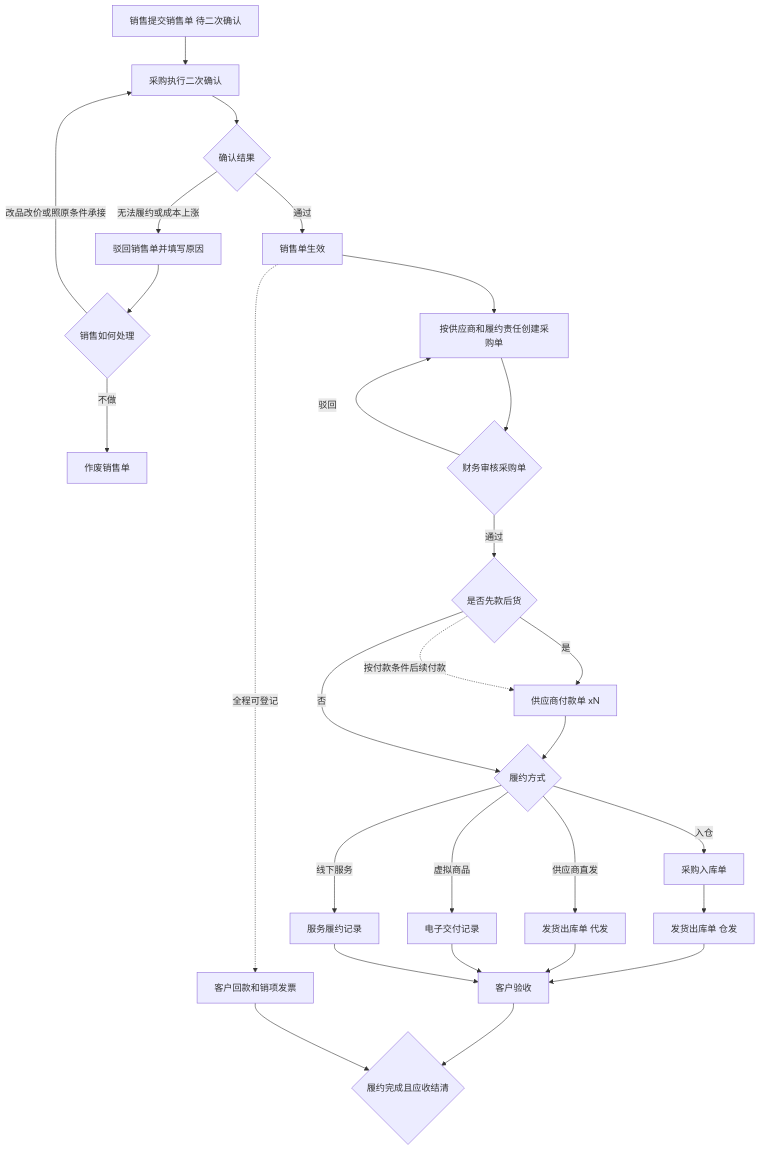
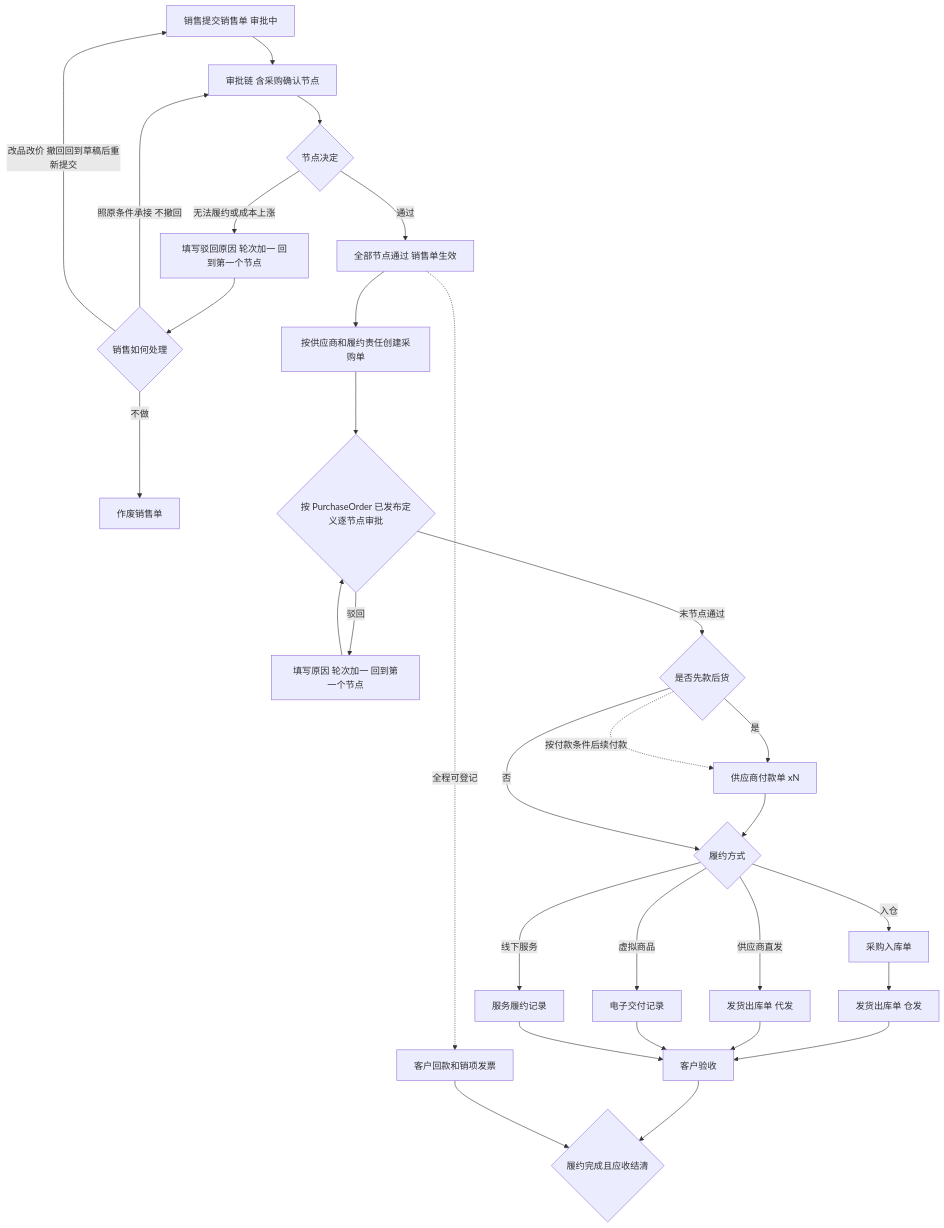
Before and after one commit to mztlive/erp: the seventh of 11 diagrams in docs/erp-phase-1.md, drawn with Mermaid. The commit also changed other lines of this file and 48 other files, not shown here.

````diff
--- a/docs/erp-phase-1.md
+++ b/docs/erp-phase-1.md
@@ -605,51 +622,54 @@
 ```mermaid
 flowchart TD
-  销售单[销售提交销售单 待二次确认]
-  二次确认[采购执行二次确认]
-  确认结果{确认结果}
-  驳回[驳回销售单并填写原因]
+  销售单[销售提交销售单 审批中]
+  二次确认[审批链 含采购确认节点]
+  确认结果{节点决定}
+  驳回[填写驳回原因 轮次加一 回到第一个节点]
   处理{销售如何处理}
   作废[作废销售单]
-  生效[销售单生效]
+  生效[全部节点通过 销售单生效]
   采购单[按供应商和履约责任创建采购单]
-  财务{财务审核采购单}
+  采购审批{按 PurchaseOrder 已发布定义逐节点审批}
+  驳回采购[填写原因 轮次加一 回到第一个节点]
   条件{是否先款后货}
   付款[供应商付款单 xN]
   履约{履约方式}
   入库[采购入库单]
   仓发[发货出库单 仓发]
   代发[发货出库单 代发]
   电子[电子交付记录]
   服务[服务履约记录]
   验收[客户验收]
   客户票款[客户回款和销项发票]
   关闭{履约完成且应收结清}
 
   销售单 --> 二次确认
   二次确认 --> 确认结果
   确认结果 -->|通过| 生效
   生效 --> 采购单
   确认结果 -->|无法履约或成本上涨| 驳回
   驳回 --> 处理
-  处理 -->|改品改价或照原条件承接| 二次确认
+  处理 -->|照原条件承接 不撤回| 二次确认
+  处理 -->|改品改价 撤回回到草稿后重新提交| 销售单
   处理 -->|不做| 作废
-  采购单 --> 财务
-  财务 -->|驳回| 采购单
-  财务 -->|通过| 条件
+  采购单 --> 采购审批
+  采购审批 -->|驳回| 驳回采购
+  驳回采购 --> 采购审批
+  采购审批 -->|末节点通过| 条件
   条件 -->|是| 付款
   付款 --> 履约
   条件 -->|否| 履约
   条件 -.->|按付款条件后续付款| 付款
   履约 -->|入仓| 入库
   入库 --> 仓发
   履约 -->|供应商直发| 代发
   履约 -->|虚拟商品| 电子
   履约 -->|线下服务| 服务
   仓发 --> 验收
   代发 --> 验收
   电子 --> 验收
   服务 --> 验收
   生效 -.->|全程可登记| 客户票款
   验收 --> 关闭
   客户票款 --> 关闭
 ```
````
